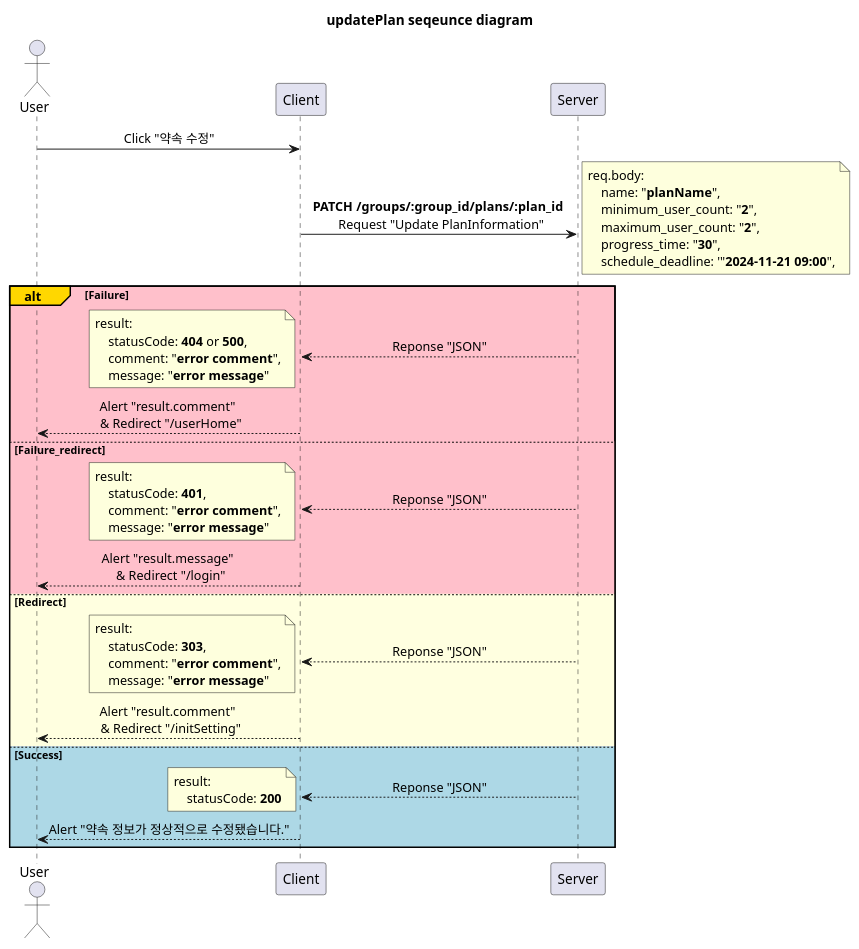
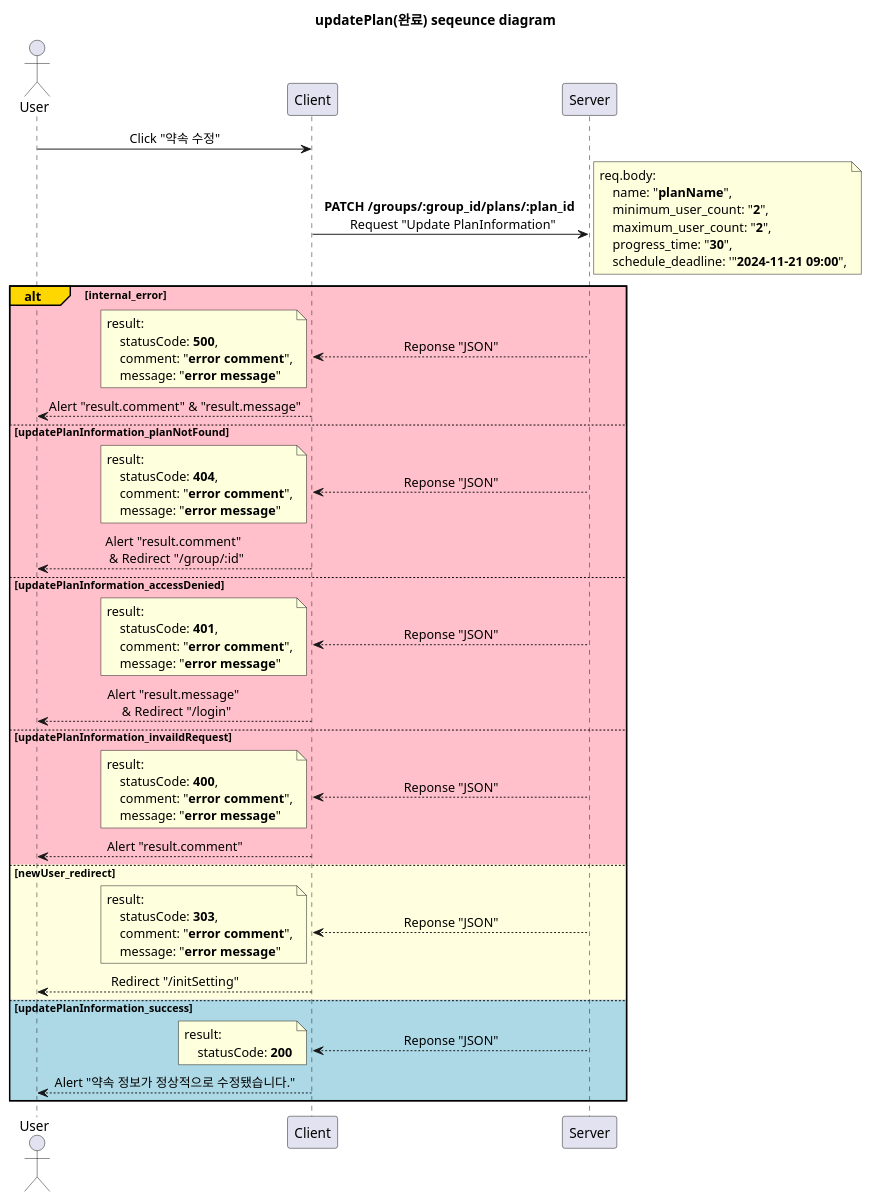
Before and after one commit to devSeungBin/SSCS: the diagram in diagram/editPlan_page/updatePlan.puml, drawn with PlantUML. The commit also changed 15 other files, not shown here.

```diff
--- a/diagram/editPlan_page/updatePlan.puml
+++ b/diagram/editPlan_page/updatePlan.puml
@@ -1,63 +1,83 @@
-@startuml updatePlan
+@startuml updatePlan(완료)
 'http://localhost:3000/editGroup/:id
 
-title updatePlan seqeunce diagram
+title updatePlan(완료) seqeunce diagram
 
 skinparam SequenceMessageAlignment center
 
 participant Server order 30
 participant Client order 20
 actor User order 10
 
 User -> Client: Click "약속 수정"
 
 Client -> Server: **PATCH /groups/:group_id/plans/:plan_id** \n Request "Update PlanInformation"
 note right
     req.body:
         name: "**planName**",
         minimum_user_count: "**2**",
         maximum_user_count: "**2**",
         progress_time: "**30**",
         schedule_deadline: '"**2024-11-21 09:00**",
 end note
 
-alt#Gold #Pink Failure
+alt#Gold #Pink internal_error
     Client <-- Server: Reponse "JSON"
     note left
         result:
-            statusCode: **404** or **500**,
+            statusCode: **500**,
             comment: "**error comment**",
             message: "**error message**"
     end note
-    User <-- Client: Alert "result.comment" \n & Redirect "/userHome"
+    User <-- Client: Alert "result.comment" & "result.message"
 
-else #Pink Failure_redirect
+else #Pink updatePlanInformation_planNotFound
+    Client <-- Server: Reponse "JSON"
+    note left
+        result:
+            statusCode: **404**,
+            comment: "**error comment**",
+            message: "**error message**"
+    end note
+    User <-- Client: Alert "result.comment" \n & Redirect "/group/:id"
+
+else #Pink updatePlanInformation_accessDenied
     Client <-- Server: Reponse "JSON"
     note left
         result:
             statusCode: **401**,
             comment: "**error comment**",
             message: "**error message**"
     end note
     User <-- Client: Alert "result.message" \n & Redirect "/login"
 
-else #LightYellow Redirect
+else #Pink updatePlanInformation_invaildRequest
+    Client <-- Server: Reponse "JSON"
+    note left
+        result:
+            statusCode: **400**,
+            comment: "**error comment**",
+            message: "**error message**"
+    end note
+    User <-- Client: Alert "result.comment"
+
+else #LightYellow newUser_redirect
     Client <-- Server: Reponse "JSON"
     note left
         result:
             statusCode: **303**,
             comment: "**error comment**",
             message: "**error message**"
     end note
-    User <-- Client: Alert "result.comment" \n & Redirect "/initSetting"
+    User <-- Client: Redirect "/initSetting"
 
-else #LightBlue Success
+else #LightBlue updatePlanInformation_success
     Client <-- Server: Reponse "JSON"
     note left
         result:
             statusCode: **200**
     end note
     User <-- Client: Alert "약속 정보가 정상적으로 수정됐습니다."
 end
 
 @enduml
```
